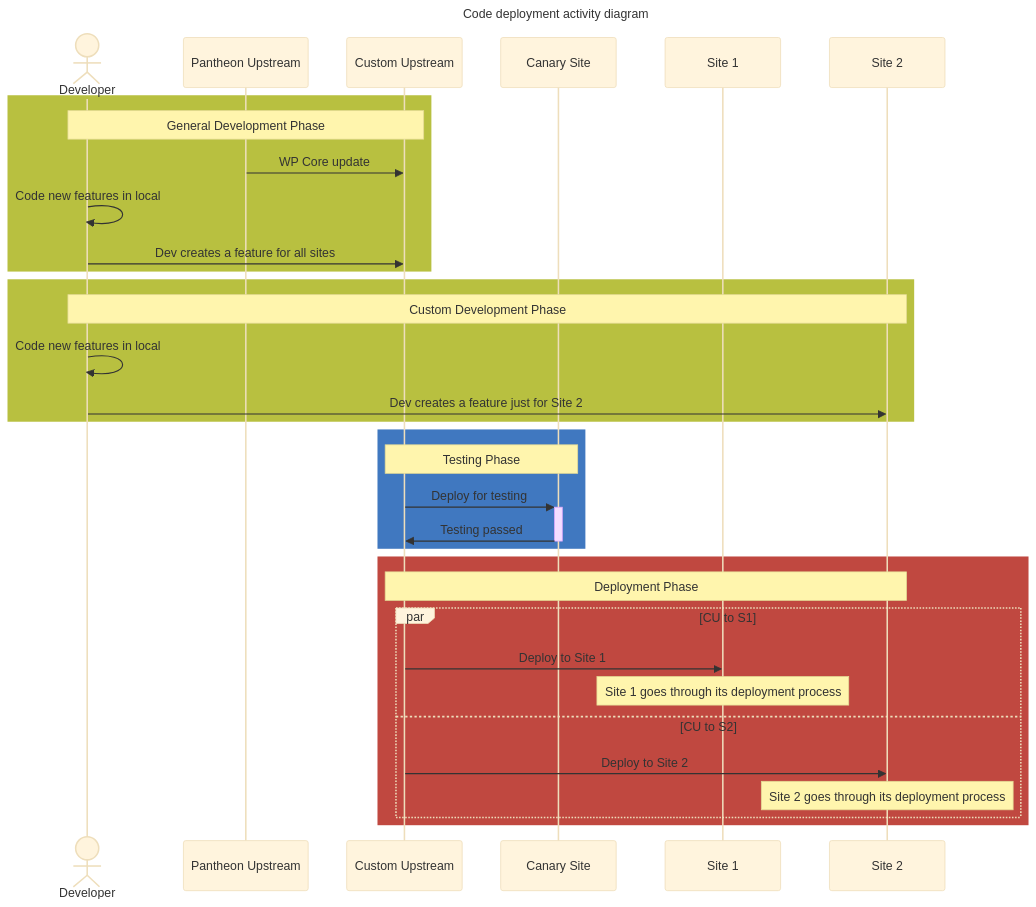
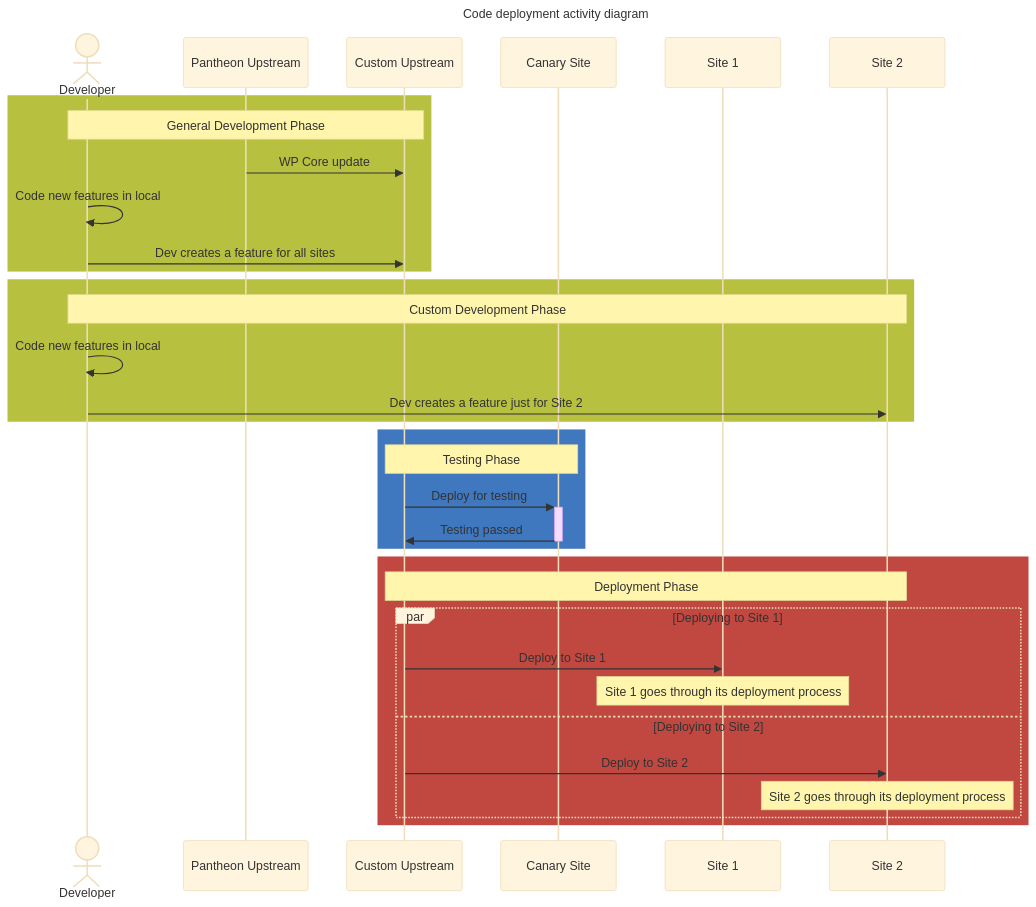
Before and after one commit to pantheon-systems/webops-architecture: the second of 4 diagrams in WordPress/Mid-grade.md, drawn with Mermaid (base theme). The commit also changed other lines of this file and 2 other files, not shown here.

````diff
--- a/WordPress/Mid-grade.md
+++ b/WordPress/Mid-grade.md
@@ -82,46 +92,46 @@
 ```mermaid
 ---
 title: Code deployment activity diagram
 ---
 sequenceDiagram
 
     % People & Systems
     actor Dev as Developer
     participant PU as Pantheon Upstream
     participant CU as Custom Upstream
     participant S0 as Canary Site
     participant S1 as Site 1
     participant S2 as Site 2
 
     % Actions
 
     rect rgb(184,192,64)
         Note over Dev,CU: General Development Phase
         PU->>CU: WP Core update
         Dev->>Dev: Code new features in local
         Dev->>CU: Dev creates a feature for all sites
     end
 
     rect rgb(184,192,64)
         Note over Dev,S2: Custom Development Phase
         Dev->>Dev: Code new features in local
         Dev->>S2: Dev creates a feature just for Site 2
     end
 
     rect rgb(64,120,192)
         Note over CU,S0: Testing Phase
         CU->>+S0: Deploy for testing
         S0->>-CU: Testing passed
     end
     rect rgb(192,72,64)
         Note over CU,S2: Deployment Phase
-        par CU to S1
+        par Deploying to Site 1
             CU->>S1: Deploy to Site 1
             Note over S1: Site 1 goes through its deployment process
-        and CU to S2
+        and Deploying to Site 2
             CU->>S2: Deploy to Site 2
             Note over S2: Site 2 goes through its deployment process
         end
     end
 
 ```
````
